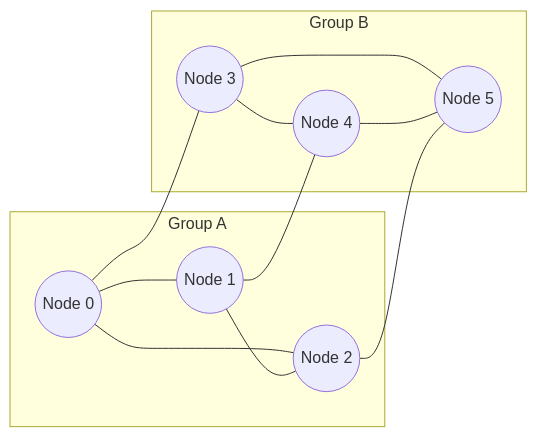
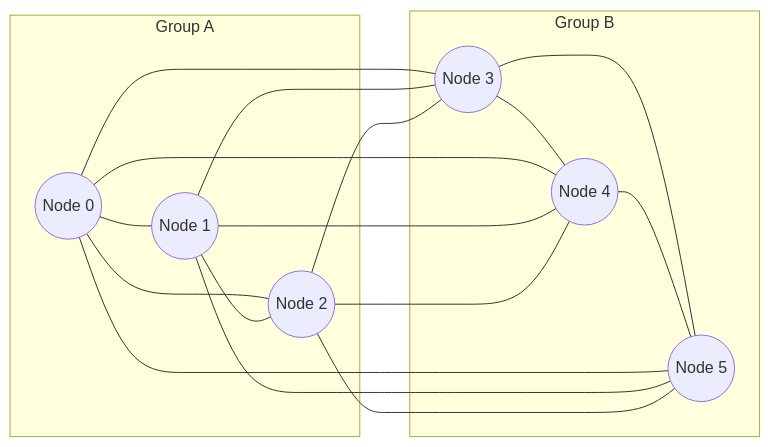
Before and after one commit to exokernel/replicant: the fourth of 4 diagrams in README.md, drawn with Mermaid. The commit also changed other lines of this file, not shown here.

Commit message:
fix partition-heal diagram: heal adds all cross-group edges (full mesh)

````diff
--- a/README.md
+++ b/README.md
@@ -113,16 +113,22 @@
 ```mermaid
 graph LR
     subgraph "Group A"
         A0((Node 0)) --- A1((Node 1))
         A0 --- A2((Node 2))
         A1 --- A2
     end
     subgraph "Group B"
         B3((Node 3)) --- B4((Node 4))
         B3 --- B5((Node 5))
         B4 --- B5
     end
     A0 --- B3
+    A0 --- B4
+    A0 --- B5
+    A1 --- B3
     A1 --- B4
+    A1 --- B5
+    A2 --- B3
+    A2 --- B4
     A2 --- B5
 ```
````
